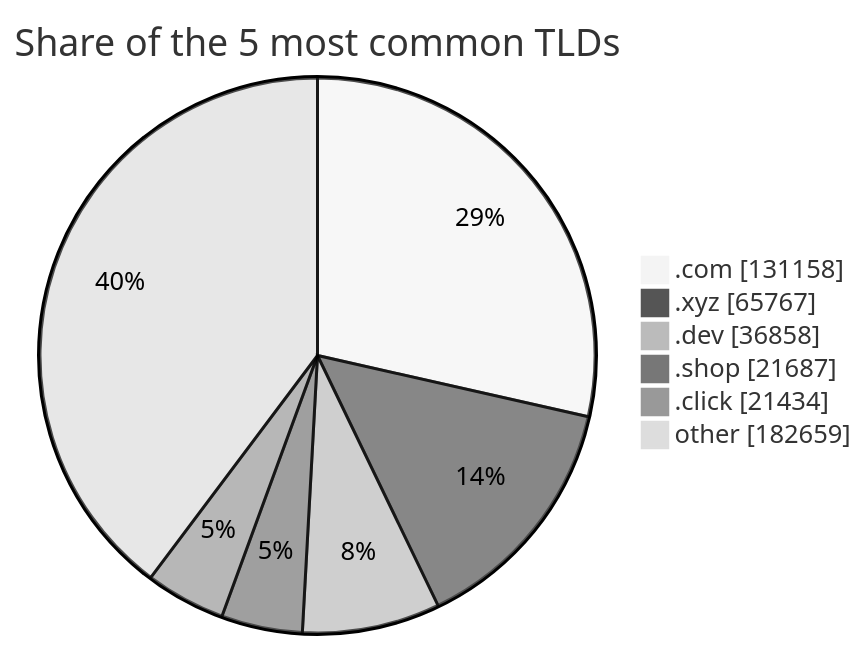
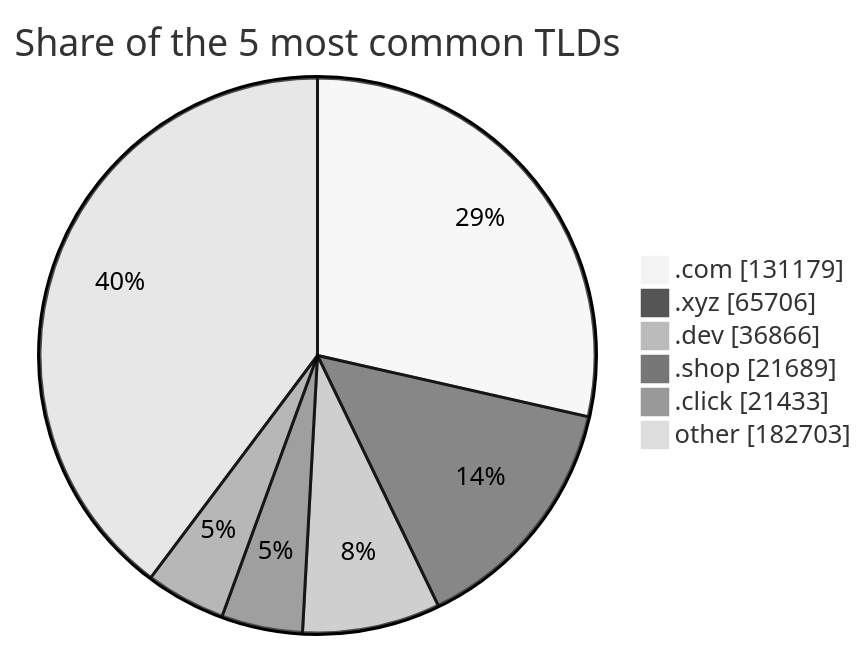
Before and after one commit to DNSBunker/CTI: the third of 3 diagrams in README.md, drawn with Mermaid (neutral theme). The commit also changed other lines of this file and 3 other files, not shown here.

````diff
--- a/README.md
+++ b/README.md
@@ -81,9 +81,9 @@
 ```mermaid
 pie showData title Share of the 5 most common TLDs
-    ".com" : 131158
-    ".xyz" : 65767
-    ".dev" : 36858
-    ".shop" : 21687
-    ".click" : 21434
-    "other" : 182659
+    ".com" : 131179
+    ".xyz" : 65706
+    ".dev" : 36866
+    ".shop" : 21689
+    ".click" : 21433
+    "other" : 182703
 ```
````
